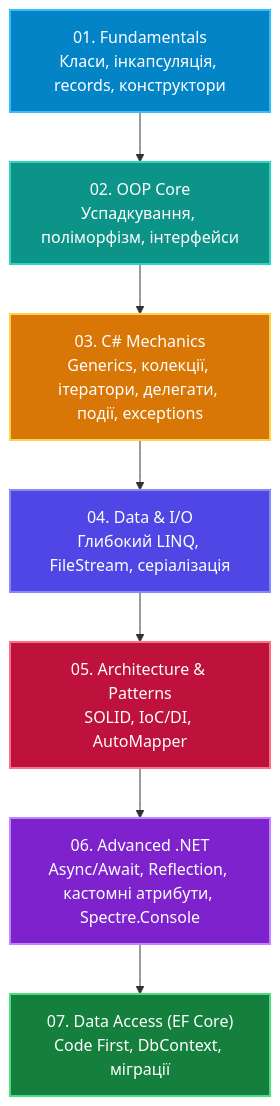
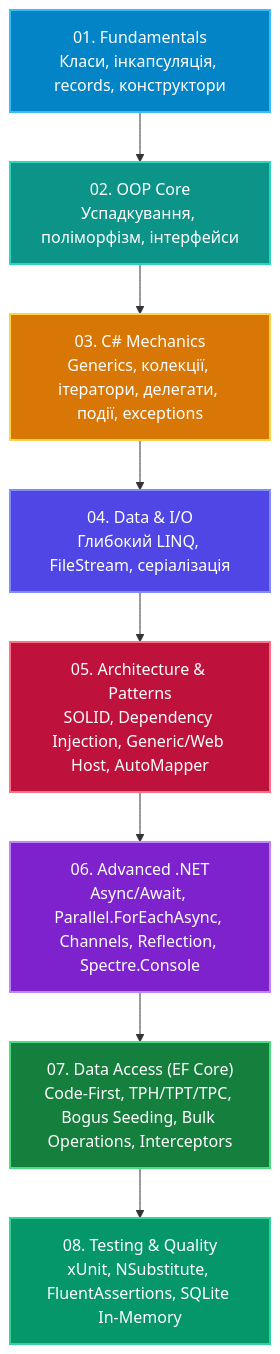
Before and after one commit to MrTomkaYurii/CSharp-OOP-Mastery: the diagram in README.md, drawn with Mermaid. The commit also changed other lines of this file and 1 other file, not shown here.

Commit message:
docs: update root README.md and MIGRATION_TRACKER.md with new DI, EF Core, Testing, and Concurrency modules

````diff
--- a/README.md
+++ b/README.md
@@ -15,20 +16,22 @@
 ```mermaid
 flowchart TD
     classDef fundClass fill:#0284c7,stroke:#38bdf8,color:#ffffff,stroke-width:2px;
     classDef oopClass fill:#0d9488,stroke:#2dd4bf,color:#ffffff,stroke-width:2px;
     classDef mechClass fill:#d97706,stroke:#fcd34d,color:#ffffff,stroke-width:2px;
     classDef dataClass fill:#4f46e5,stroke:#818cf8,color:#ffffff,stroke-width:2px;
     classDef archClass fill:#be123c,stroke:#fb7185,color:#ffffff,stroke-width:2px;
     classDef advClass fill:#7e22ce,stroke:#c084fc,color:#ffffff,stroke-width:2px;
     classDef efClass fill:#15803d,stroke:#4ade80,color:#ffffff,stroke-width:2px;
+    classDef testClass fill:#059669,stroke:#34d399,color:#ffffff,stroke-width:2px;
 
     M1["01. Fundamentals<br/>Класи, інкапсуляція, records, конструктори"]:::fundClass
     M2["02. OOP Core<br/>Успадкування, поліморфізм, інтерфейси"]:::oopClass
     M3["03. C# Mechanics<br/>Generics, колекції, ітератори, делегати, події, exceptions"]:::mechClass
     M4["04. Data & I/O<br/>Глибокий LINQ, FileStream, серіалізація"]:::dataClass
-    M5["05. Architecture & Patterns<br/>SOLID, IoC/DI, AutoMapper"]:::archClass
-    M6["06. Advanced .NET<br/>Async/Await, Reflection, кастомні атрибути, Spectre.Console"]:::advClass
-    M7["07. Data Access (EF Core)<br/>Code First, DbContext, міграції"]:::efClass
+    M5["05. Architecture & Patterns<br/>SOLID, Dependency Injection, Generic/Web Host, AutoMapper"]:::archClass
+    M6["06. Advanced .NET<br/>Async/Await, Parallel.ForEachAsync, Channels, Reflection, Spectre.Console"]:::advClass
+    M7["07. Data Access (EF Core)<br/>Code-First, TPH/TPT/TPC, Bogus Seeding, Bulk Operations, Interceptors"]:::efClass
+    M8["08. Testing & Quality<br/>xUnit, NSubstitute, FluentAssertions, SQLite In-Memory"]:::testClass
 
-    M1 --> M2 --> M3 --> M4 --> M5 --> M6 --> M7
+    M1 --> M2 --> M3 --> M4 --> M5 --> M6 --> M7 --> M8
 ```
````
